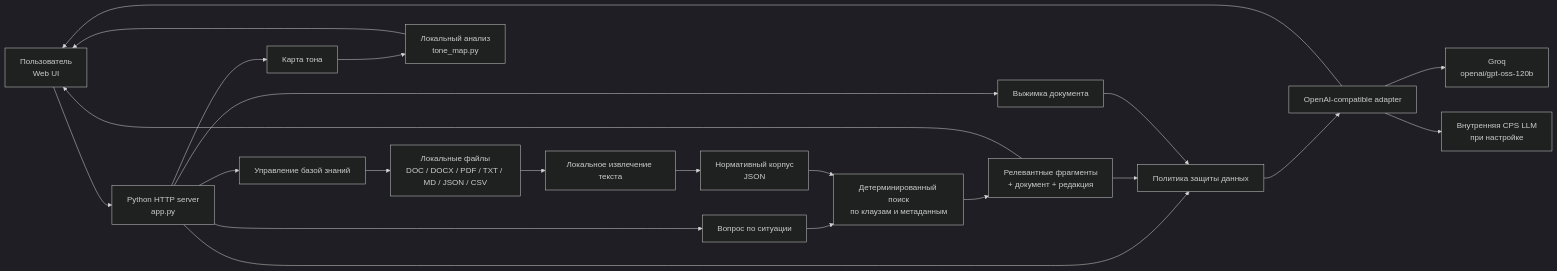
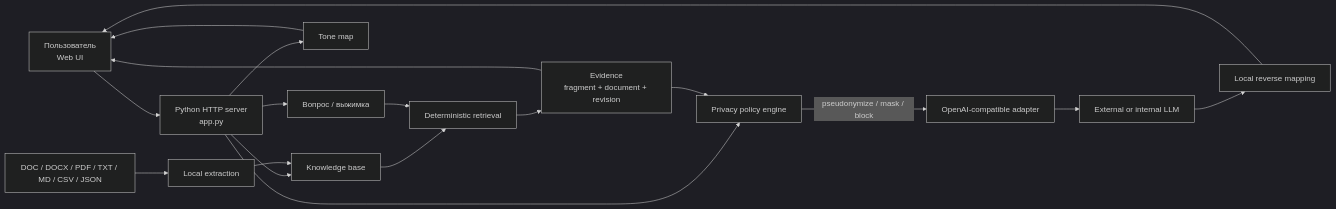
The first of 3 diagrams in README.md (NesmachnyDN/cps-hackathon-summary), drawn with Mermaid (dark theme) before and after one commit. The commit also changed other lines of this file and 1 other file, not shown here.

````diff
--- a/README.md
+++ b/README.md
@@ -43,29 +88,24 @@
 ```mermaid
 flowchart LR
     U["Пользователь<br/>Web UI"] --> API["Python HTTP server<br/>app.py"]
 
-    API --> Q["Вопрос по ситуации"]
-    API --> S["Выжимка документа"]
-    API --> T["Карта тона"]
-    API --> K["Управление базой знаний"]
-    API --> P["Политика защиты данных"]
+    API --> Q["Вопрос / выжимка"]
+    API --> TM["Tone map"]
+    API --> KB["Knowledge base"]
+    API --> PE["Privacy policy engine"]
 
-    K --> F["Локальные файлы<br/>DOC / DOCX / PDF / TXT / MD / JSON / CSV"]
-    F --> X["Локальное извлечение текста"]
-    X --> C["Нормативный корпус<br/>JSON"]
+    DOC["DOC / DOCX / PDF / TXT / MD / CSV / JSON"] --> EX["Local extraction"]
+    EX --> KB
+    KB --> R["Deterministic retrieval"]
+    Q --> R
+    R --> EV["Evidence<br/>fragment + document + revision"]
 
-    Q --> R["Детерминированный поиск<br/>по клаузам и метаданным"]
-    C --> R
-    R --> E["Релевантные фрагменты<br/>+ документ + редакция"]
-    E --> P
+    EV --> PE
+    PE -->|"pseudonymize / mask / block"| AD["OpenAI-compatible adapter"]
+    AD --> LLM["External or internal LLM"]
+    LLM --> RS["Local reverse mapping"]
 
-    S --> P
-    P --> A["OpenAI-compatible adapter"]
-    A --> G["Groq<br/>openai/gpt-oss-120b"]
-    A --> I["Внутренняя CPS LLM<br/>при настройке"]
-
-    E --> U
-    T --> TM["Локальный анализ<br/>tone_map.py"]
+    EV --> U
+    RS --> U
     TM --> U
-    A --> U
 ```
````
